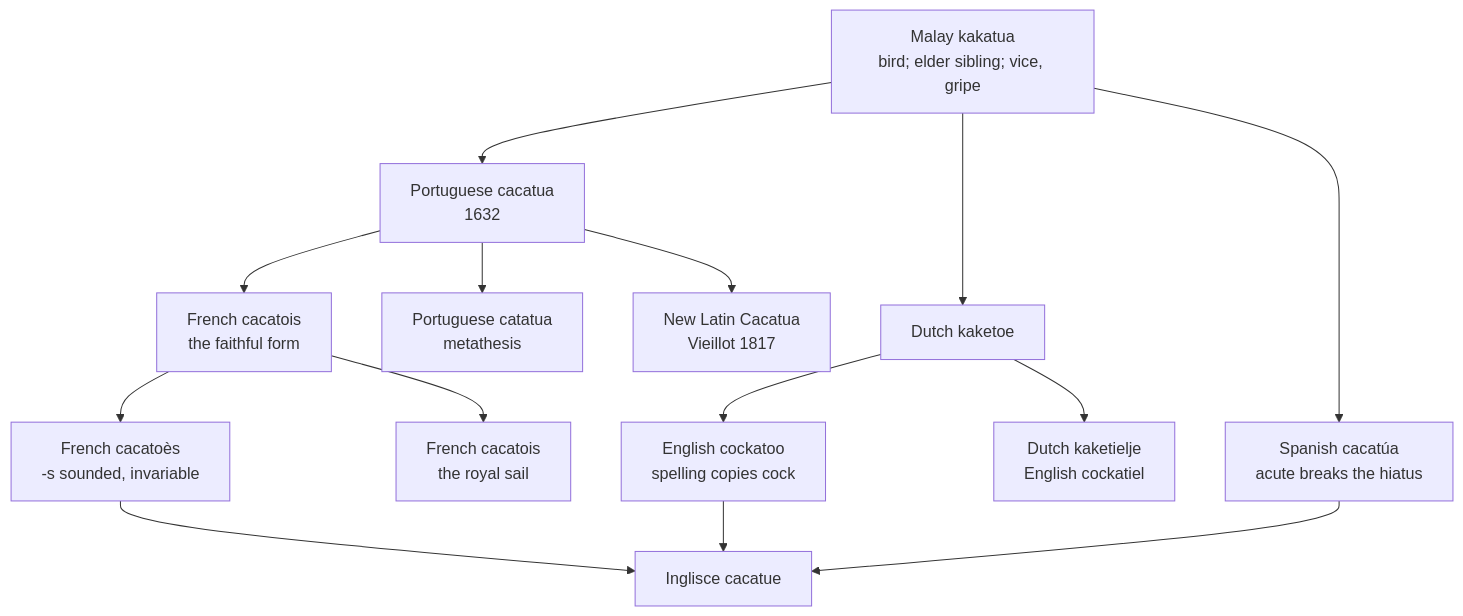
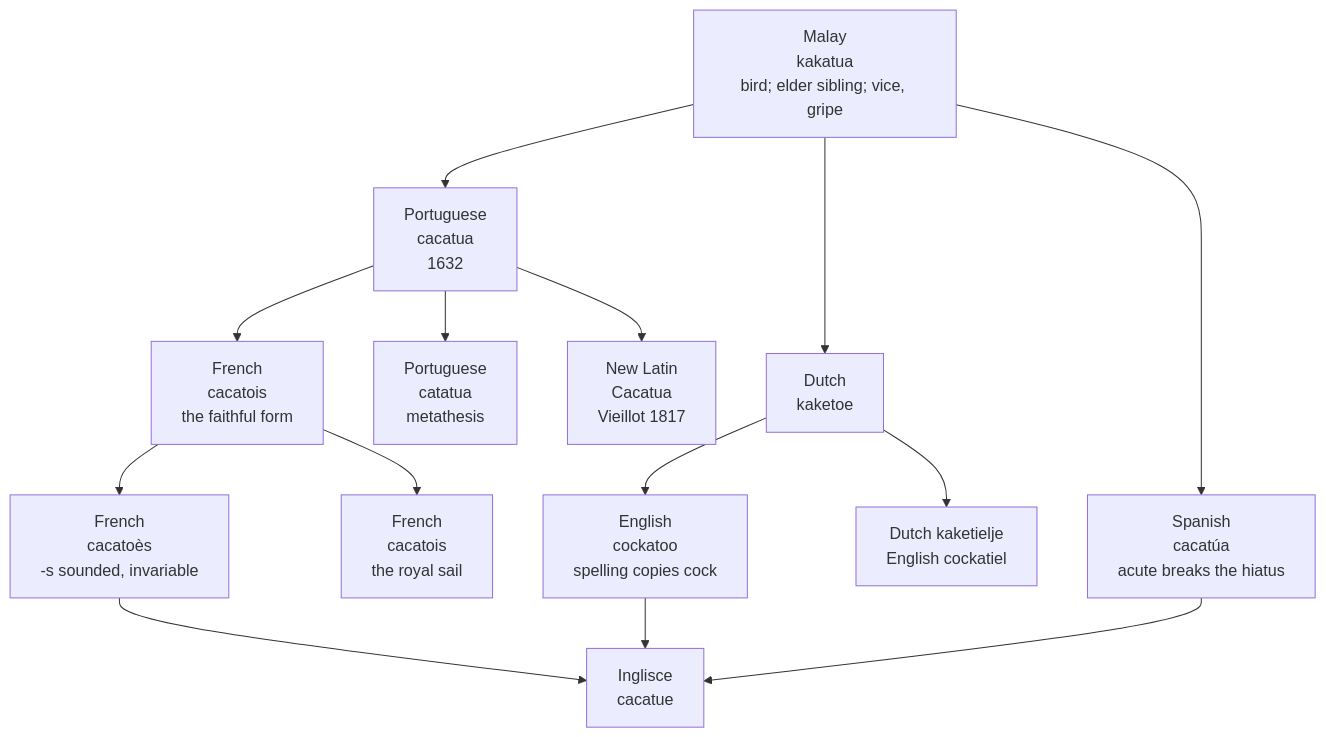
Before and after one commit to dionys93/ety-dictionary: the diagram in data-text/inglisce/etymology/comparisons/c/cockatoo.md, drawn with Mermaid.

````diff
--- a/data-text/inglisce/etymology/comparisons/c/cockatoo.md
+++ b/data-text/inglisce/etymology/comparisons/c/cockatoo.md
@@ -85,31 +85,31 @@
 ```mermaid
 flowchart TD
-    MAL["Malay kakatua<br/>bird; elder sibling; vice, gripe"]
-    POR["Portuguese cacatua<br/>1632"]
-    DUT["Dutch kaketoe"]
+    MAL["Malay<br/>kakatua<br/>bird; elder sibling; vice, gripe"]
+    POR["Portuguese<br/>cacatua<br/>1632"]
+    DUT["Dutch<br/>kaketoe"]
 
-    FRO["French cacatois<br/>the faithful form"]
-    FRB["French cacatoès<br/>-s sounded, invariable"]
-    FRS["French cacatois<br/>the royal sail"]
-    PT2["Portuguese catatua<br/>metathesis"]
-    SPA["Spanish cacatúa<br/>acute breaks the hiatus"]
+    FRO["French<br/>cacatois<br/>the faithful form"]
+    FRB["French<br/>cacatoès<br/>-s sounded, invariable"]
+    FRS["French<br/>cacatois<br/>the royal sail"]
+    PT2["Portuguese<br/>catatua<br/>metathesis"]
+    SPA["Spanish<br/>cacatúa<br/>acute breaks the hiatus"]
 
-    ENG["English cockatoo<br/>spelling copies cock"]
+    ENG["English<br/>cockatoo<br/>spelling copies cock"]
     TIEL["Dutch kaketielje<br/>English cockatiel"]
-    NL["New Latin Cacatua<br/>Vieillot 1817"]
-    ING["Inglisce cacatue"]
+    NL["New Latin<br/>Cacatua<br/>Vieillot 1817"]
+    ING["Inglisce<br/>cacatue"]
 
     MAL --> POR
     MAL --> DUT
     MAL --> SPA
     POR --> FRO
     FRO --> FRB
     FRO --> FRS
     POR --> PT2
     POR --> NL
     DUT --> ENG
     DUT --> TIEL
     ENG --> ING
     SPA --> ING
     FRB --> ING
 ```
````
